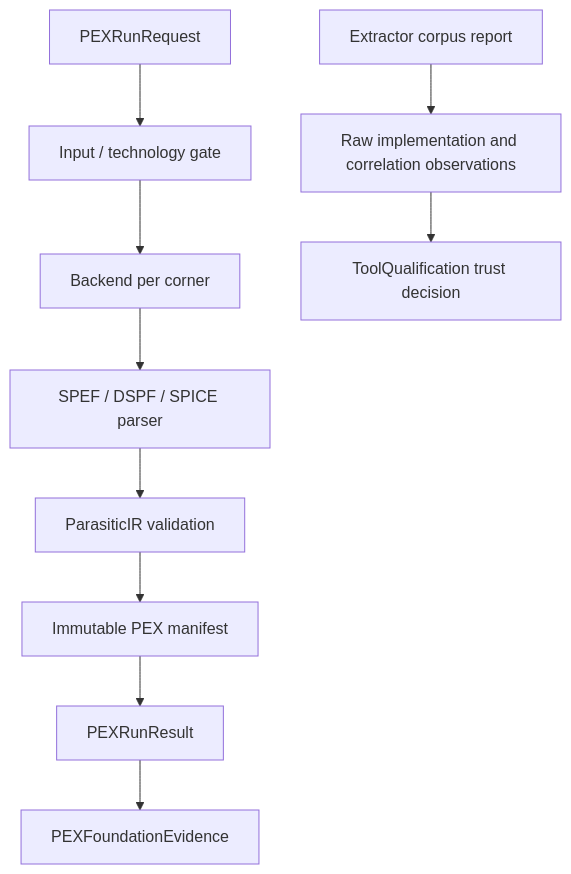
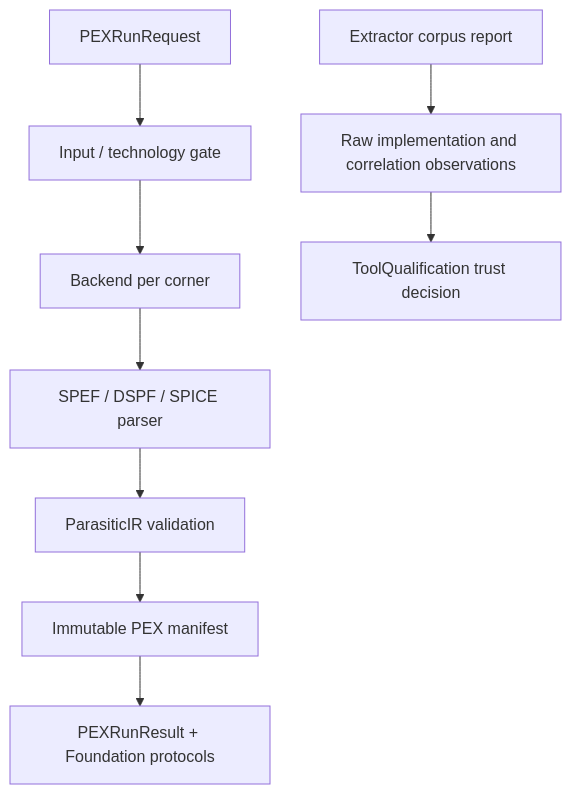
The diagram in DESIGN.md (1amageek/PEXEngine), drawn with Mermaid before and after one commit. The commit also changed other lines of this file and 41 other files, not shown here.

````diff
--- a/DESIGN.md
+++ b/DESIGN.md
@@ -10,13 +10,12 @@
 ```mermaid
 flowchart TD
     Input["PEXRunRequest"] --> Validate["Input / technology gate"]
     Validate --> Execute["Backend per corner"]
     Execute --> Parse["SPEF / DSPF / SPICE parser"]
     Parse --> IR["ParasiticIR validation"]
     IR --> Persist["Immutable PEX manifest"]
-    Persist --> Result["PEXRunResult"]
-    Result --> Boundary["PEXFoundationEvidence"]
+    Persist --> Result["PEXRunResult + Foundation protocols"]
 
     Report["Extractor corpus report"] --> Observations["Raw implementation and correlation observations"]
     Observations --> ToolQualification["ToolQualification trust decision"]
 ```
````
